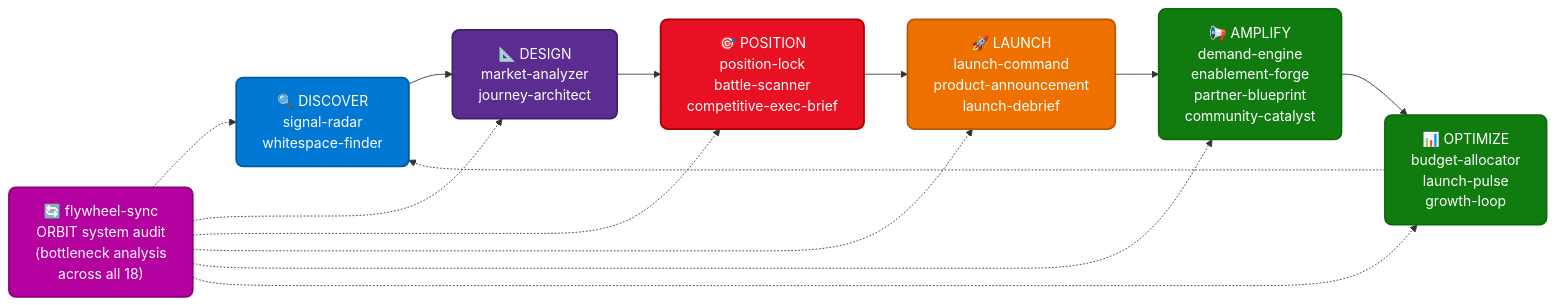
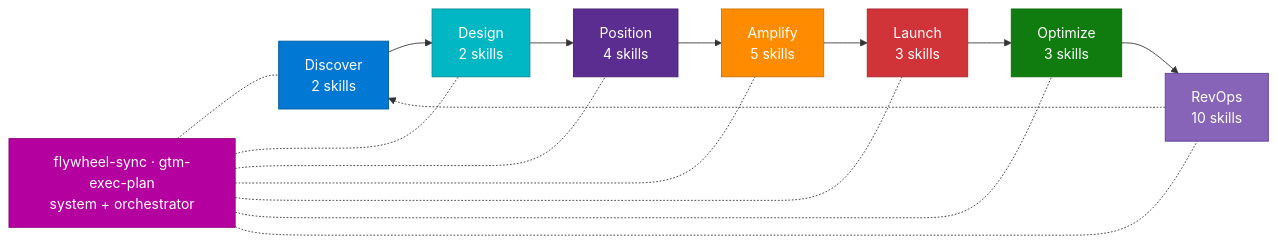
One commit to varunk130/ai-gtm-skill-library changed the diagram in README.md. Above: the diagram before and after it, drawn with Mermaid. The commit also changed other lines of this file, not shown here.

Commit message:
Consolidate 3 redundant diagrams into one tight lifecycle view; rebuild catalog grouped by phase (all 31 skills)

````diff
--- a/README.md
+++ b/README.md
@@ -47,35 +45,16 @@
 ```mermaid
 flowchart LR
-    D["🔍 DISCOVER<br/>signal-radar<br/>whitespace-finder"]
-    DE["📐 DESIGN<br/>market-analyzer<br/>journey-architect"]
-    P["🎯 POSITION<br/>position-lock<br/>battle-scanner<br/>competitive-exec-brief"]
-    L["🚀 LAUNCH<br/>launch-command<br/>product-announcement<br/>launch-debrief"]
-    A["📢 AMPLIFY<br/>demand-engine<br/>enablement-forge<br/>partner-blueprint<br/>community-catalyst"]
-    O["📊 OPTIMIZE<br/>budget-allocator<br/>launch-pulse<br/>growth-loop"]
-    FS["🔄 flywheel-sync<br/>ORBIT system audit<br/>(bottleneck analysis<br/>across all 18)"]
+    D[Discover<br/>2 skills]:::p1 --> DE[Design<br/>2 skills]:::p2 --> P[Position<br/>4 skills]:::p3 --> A[Amplify<br/>5 skills]:::p4 --> L[Launch<br/>3 skills]:::p5 --> O[Optimize<br/>3 skills]:::p6 --> R[RevOps<br/>10 skills]:::p7
+    R -.-> D
+    FS[flywheel-sync · gtm-exec-plan<br/>system + orchestrator]:::sys
+    FS -.- D & DE & P & A & L & O & R
 
-    D --> DE --> P --> L
-    L --> A --> O
-    O -.-> D
-    FS -.-> D
-    FS -.-> DE
-    FS -.-> P
-    FS -.-> L
-    FS -.-> A
-    FS -.-> O
-
-    classDef discover fill:#0078D4,color:#fff,stroke:#005A9E,stroke-width:2px,rx:8,ry:8
-    classDef design fill:#5C2D91,color:#fff,stroke:#412066,stroke-width:2px,rx:8,ry:8
-    classDef position fill:#E81123,color:#fff,stroke:#A80000,stroke-width:2px,rx:8,ry:8
-    classDef launch fill:#EE7100,color:#fff,stroke:#B85800,stroke-width:2px,rx:8,ry:8
-    classDef amplify fill:#107C10,color:#fff,stroke:#0B6A0B,stroke-width:2px,rx:8,ry:8
-    classDef optimize fill:#107C10,color:#fff,stroke:#0B6A0B,stroke-width:2px,rx:8,ry:8
-    classDef sync fill:#B4009E,color:#fff,stroke:#8C0078,stroke-width:2px,rx:8,ry:8
-    class D discover
-    class DE design
-    class P position
-    class L launch
-    class A amplify
-    class O optimize
-    class FS sync
+    classDef p1 fill:#0078D4,color:#fff,stroke:#005A9E
+    classDef p2 fill:#00B7C3,color:#fff,stroke:#008B94
+    classDef p3 fill:#5C2D91,color:#fff,stroke:#451F6E
+    classDef p4 fill:#FF8C00,color:#fff,stroke:#CC7000
+    classDef p5 fill:#D13438,color:#fff,stroke:#A4262C
+    classDef p6 fill:#107C10,color:#fff,stroke:#0B6A0B
+    classDef p7 fill:#8764B8,color:#fff,stroke:#5C4399
+    classDef sys fill:#B4009E,color:#fff,stroke:#8C0078
 ```
````
